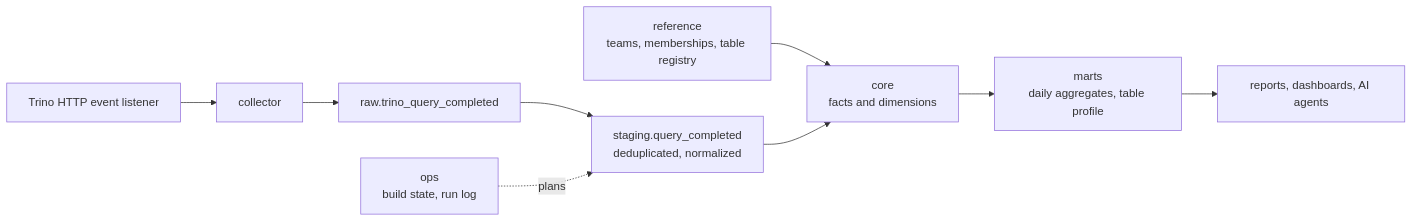
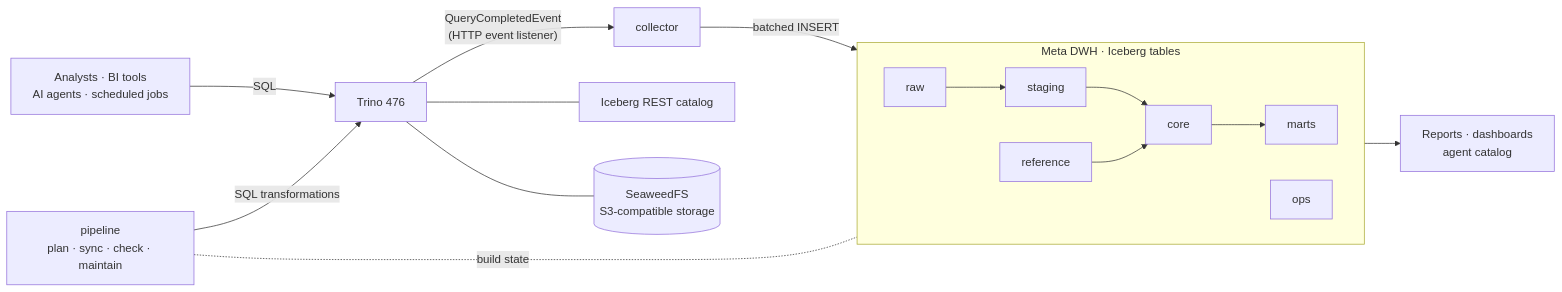
Before and after one commit to alexSerranoR/trino-usage-meta-dwh: the second of 15 diagrams in README.md, drawn with Mermaid. The commit also changed other lines of this file, not shown here.

Commit message:
docs: restructure the README around architecture, model and decision diagrams

````diff
--- a/README.md
+++ b/README.md
@@ -100,11 +111,17 @@
 ```mermaid
 flowchart LR
-    L[Trino HTTP event listener] --> COL[collector]
-    COL --> R[raw.trino_query_completed]
-    REF[reference<br/>teams, memberships, table registry] --> C
-    R --> S[staging.query_completed<br/>deduplicated, normalized]
-    S --> C[core<br/>facts and dimensions]
-    C --> M[marts<br/>daily aggregates, table profile]
-    M --> Q[reports, dashboards, AI agents]
-    OPS[ops<br/>build state, run log] -. plans .-> S
+    SRC["Analysts · BI tools<br/>AI agents · scheduled jobs"] -->|SQL| T[Trino 476]
+    T -->|"QueryCompletedEvent<br/>(HTTP event listener)"| COL[collector]
+    COL -->|batched INSERT| RAW
+    subgraph dwh["Meta DWH · Iceberg tables"]
+        direction LR
+        RAW[raw] --> STG[staging] --> CORE[core] --> MARTS[marts]
+        REF[reference] --> CORE
+        OPS[ops]
+    end
+    MARTS --> OUT["Reports · dashboards<br/>agent catalog"]
+    P["pipeline<br/>plan · sync · check · maintain"] -->|SQL transformations| T
+    P -. build state .- OPS
+    T --- IR[Iceberg REST catalog]
+    T --- S3[("SeaweedFS<br/>S3-compatible storage")]
 ```
````
